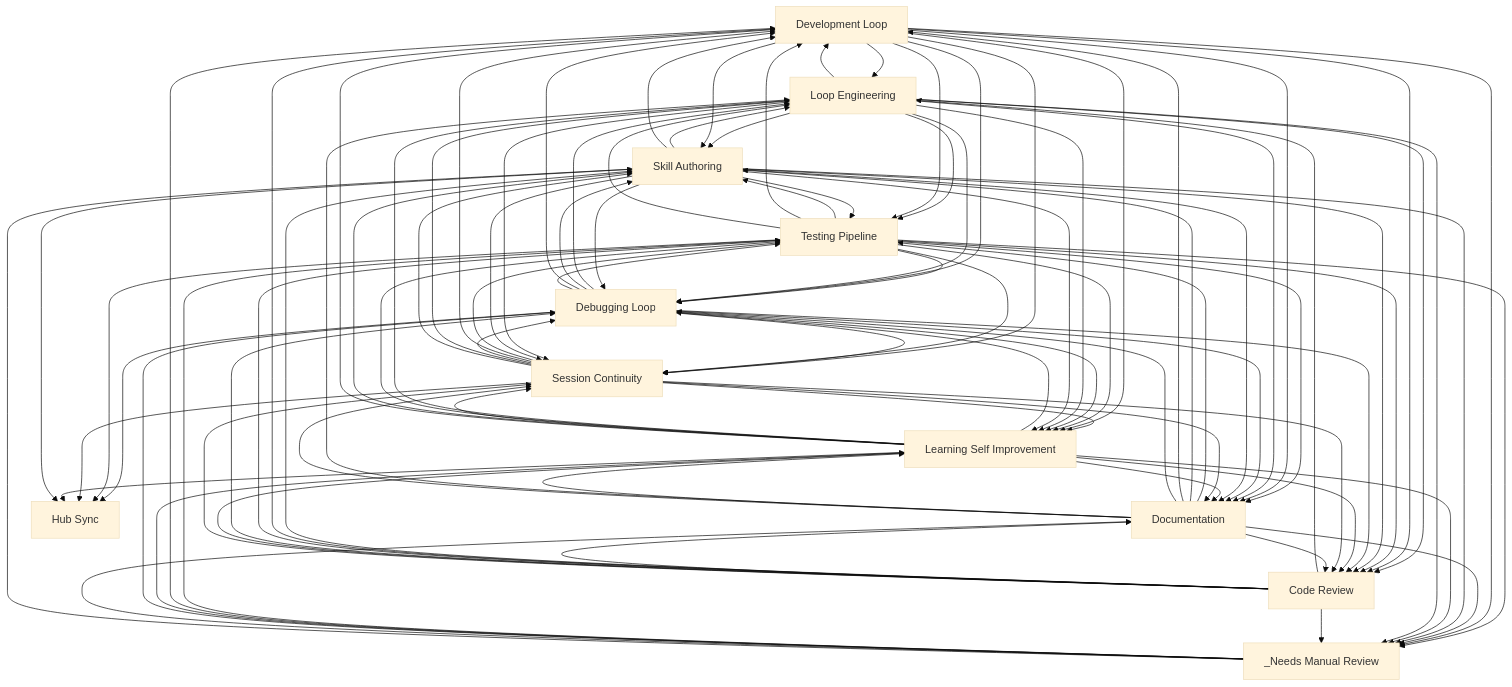
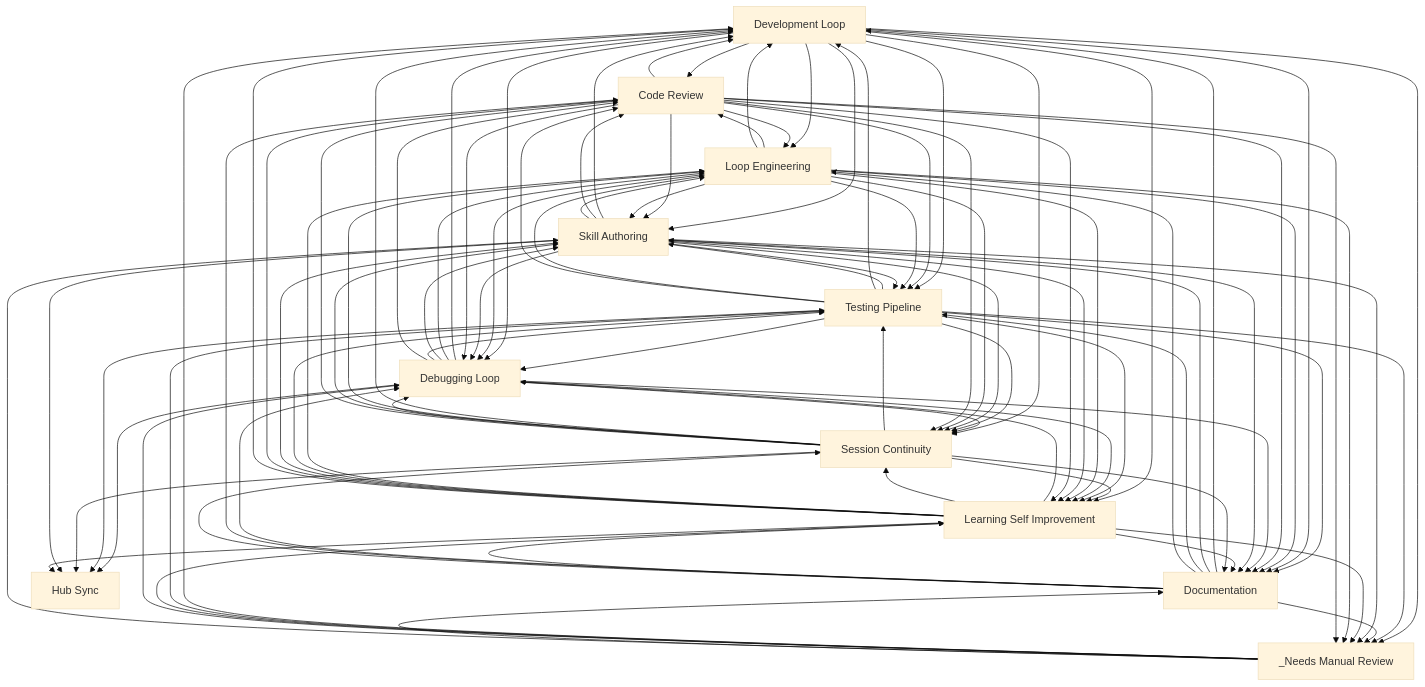
The diagram in docs/workflows/INDEX.md (abhayla/claude-best-practices), drawn with Mermaid (base theme) before and after one commit. The commit also changed other lines of this file and 14 other files, not shown here.

````diff
--- a/docs/workflows/INDEX.md
+++ b/docs/workflows/INDEX.md
@@ -33,94 +33,94 @@
     documentation[Documentation]
     hub_sync[Hub Sync]
     _needs_manual_review[_Needs Manual Review]
-    code_review --> loop_engineering
-    code_review --> skill_authoring
-    code_review --> development_loop
-    code_review --> testing_pipeline
-    loop_engineering --> skill_authoring
-    loop_engineering --> development_loop
-    loop_engineering --> testing_pipeline
-    loop_engineering --> code_review
+    development_loop --> code_review
     development_loop --> loop_engineering
     development_loop --> skill_authoring
     development_loop --> testing_pipeline
-    development_loop --> code_review
+    code_review --> development_loop
+    code_review --> loop_engineering
+    code_review --> skill_authoring
+    code_review --> testing_pipeline
+    loop_engineering --> code_review
+    loop_engineering --> development_loop
+    loop_engineering --> skill_authoring
+    loop_engineering --> testing_pipeline
     skill_authoring --> testing_pipeline
     testing_pipeline --> skill_authoring
+    _needs_manual_review --> development_loop
     _needs_manual_review --> testing_pipeline
-    _needs_manual_review --> development_loop
     testing_pipeline --> development_loop
     testing_pipeline --> debugging_loop
     testing_pipeline --> loop_engineering
+    testing_pipeline --> code_review
     testing_pipeline --> documentation
-    testing_pipeline --> code_review
+    debugging_loop --> development_loop
     debugging_loop --> loop_engineering
     debugging_loop --> skill_authoring
-    debugging_loop --> development_loop
     debugging_loop --> testing_pipeline
     development_loop --> debugging_loop
     development_loop --> documentation
     loop_engineering --> documentation
+    skill_authoring --> development_loop
     skill_authoring --> code_review
     skill_authoring --> loop_engineering
-    skill_authoring --> development_loop
+    documentation --> development_loop
+    documentation --> skill_authoring
     documentation --> testing_pipeline
-    documentation --> skill_authoring
-    documentation --> development_loop
+    development_loop --> _needs_manual_review
     testing_pipeline --> _needs_manual_review
-    development_loop --> _needs_manual_review
     code_review --> documentation
+    development_loop --> session_continuity
+    development_loop --> learning_self_improvement
     session_continuity --> learning_self_improvement
     session_continuity --> testing_pipeline
-    development_loop --> session_continuity
-    development_loop --> learning_self_improvement
     _needs_manual_review --> learning_self_improvement
     testing_pipeline --> learning_self_improvement
     loop_engineering --> debugging_loop
+    debugging_loop --> session_continuity
     debugging_loop --> hub_sync
-    debugging_loop --> session_continuity
+    testing_pipeline --> session_continuity
     testing_pipeline --> hub_sync
-    testing_pipeline --> session_continuity
+    debugging_loop --> code_review
     debugging_loop --> documentation
-    debugging_loop --> code_review
     session_continuity --> development_loop
     session_continuity --> debugging_loop
     session_continuity --> loop_engineering
+    skill_authoring --> session_continuity
     loop_engineering --> session_continuity
-    skill_authoring --> session_continuity
     skill_authoring --> debugging_loop
     _needs_manual_review --> debugging_loop
     debugging_loop --> learning_self_improvement
     skill_authoring --> documentation
+    _needs_manual_review --> skill_authoring
     _needs_manual_review --> documentation
-    _needs_manual_review --> skill_authoring
     documentation --> _needs_manual_review
     learning_self_improvement --> debugging_loop
+    learning_self_improvement --> session_continuity
     learning_self_improvement --> loop_engineering
     learning_self_improvement --> testing_pipeline
-    learning_self_improvement --> session_continuity
     learning_self_improvement --> skill_authoring
+    learning_self_improvement --> code_review
     learning_self_improvement --> documentation
     learning_self_improvement --> development_loop
-    learning_self_improvement --> code_review
     skill_authoring --> _needs_manual_review
+    session_continuity --> skill_authoring
     session_continuity --> hub_sync
-    session_continuity --> skill_authoring
+    session_continuity --> code_review
     session_continuity --> documentation
-    session_continuity --> code_review
     learning_self_improvement --> _needs_manual_review
+    skill_authoring --> hub_sync
     learning_self_improvement --> hub_sync
-    skill_authoring --> hub_sync
     loop_engineering --> learning_self_improvement
     loop_engineering --> _needs_manual_review
+    code_review --> debugging_loop
+    documentation --> loop_engineering
     documentation --> debugging_loop
-    documentation --> loop_engineering
-    code_review --> debugging_loop
     skill_authoring --> learning_self_improvement
     documentation --> code_review
+    code_review --> learning_self_improvement
+    code_review --> session_continuity
     documentation --> learning_self_improvement
     documentation --> session_continuity
-    code_review --> learning_self_improvement
-    code_review --> session_continuity
     code_review --> _needs_manual_review
 ```
````
